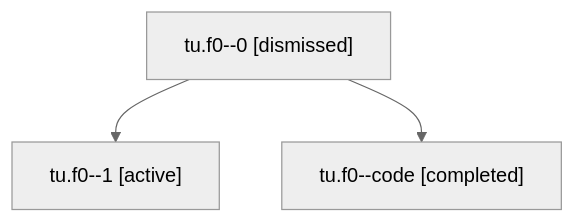
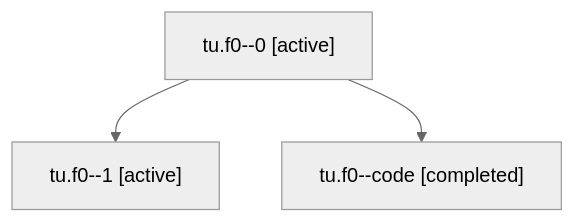
The diagram in families/bbugyi200.athena.tu.f0.md (bobs-org/bob-cli--agents), drawn with Mermaid (neutral theme) before and after one commit. The commit also changed other lines of this file and 92 other files, not shown here.

````diff
--- a/families/bbugyi200.athena.tu.f0.md
+++ b/families/bbugyi200.athena.tu.f0.md
@@ -9,8 +9,8 @@
 ```mermaid
 flowchart TD
-  n0["tu.f0--0 [dismissed]"]
+  n0["tu.f0--0 [active]"]
   n1["tu.f0--1 [active]"]
   n0 --> n1
   n2["tu.f0--code [completed]"]
   n0 --> n2
 ```
````
